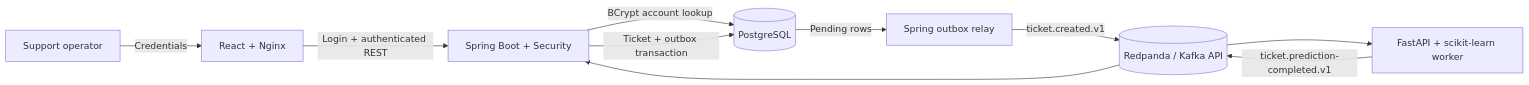
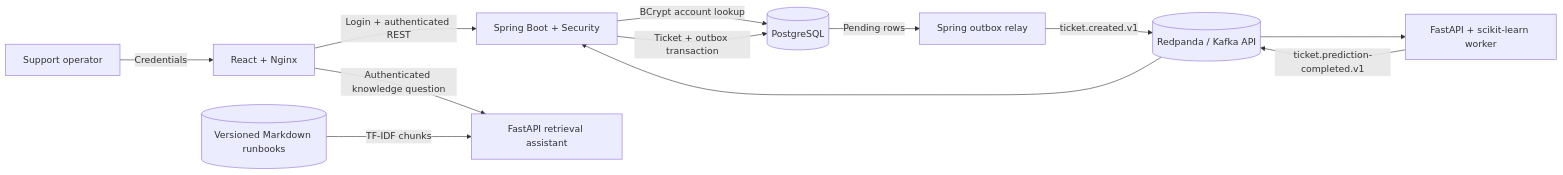
Before and after one commit to YevhenKoval01/serviceops-intelligence-platform: the first of 4 diagrams in docs/architecture.md, drawn with Mermaid. The commit also changed other lines of this file and 35 other files, not shown here.

Commit message:
feat: add citation-grounded knowledge assistant

````diff
--- a/docs/architecture.md
+++ b/docs/architecture.md
@@ -11,12 +11,14 @@
 ```mermaid
 flowchart LR
     Operator[Support operator] -->|Credentials| UI[React + Nginx]
     UI -->|Login + authenticated REST| API[Spring Boot + Security]
+    UI -->|Authenticated knowledge question| RAG[FastAPI retrieval assistant]
+    KB[(Versioned Markdown runbooks)] -->|TF-IDF chunks| RAG
     API -->|BCrypt account lookup| DB
     API -->|Ticket + outbox transaction| DB[(PostgreSQL)]
     DB -->|Pending rows| Relay[Spring outbox relay]
     Relay -->|ticket.created.v1| Kafka[(Redpanda / Kafka API)]
     Kafka --> Worker[FastAPI + scikit-learn worker]
     Worker -->|ticket.prediction-completed.v1| Kafka
     Kafka --> API
 ```
````
